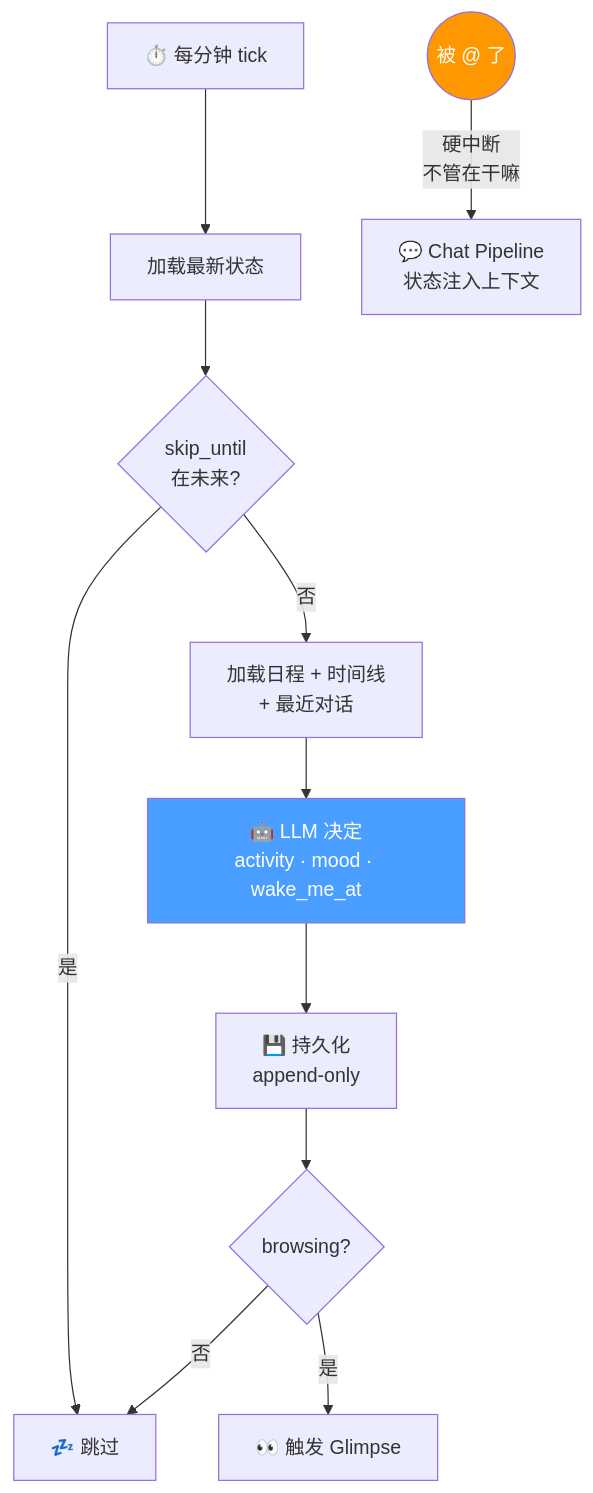
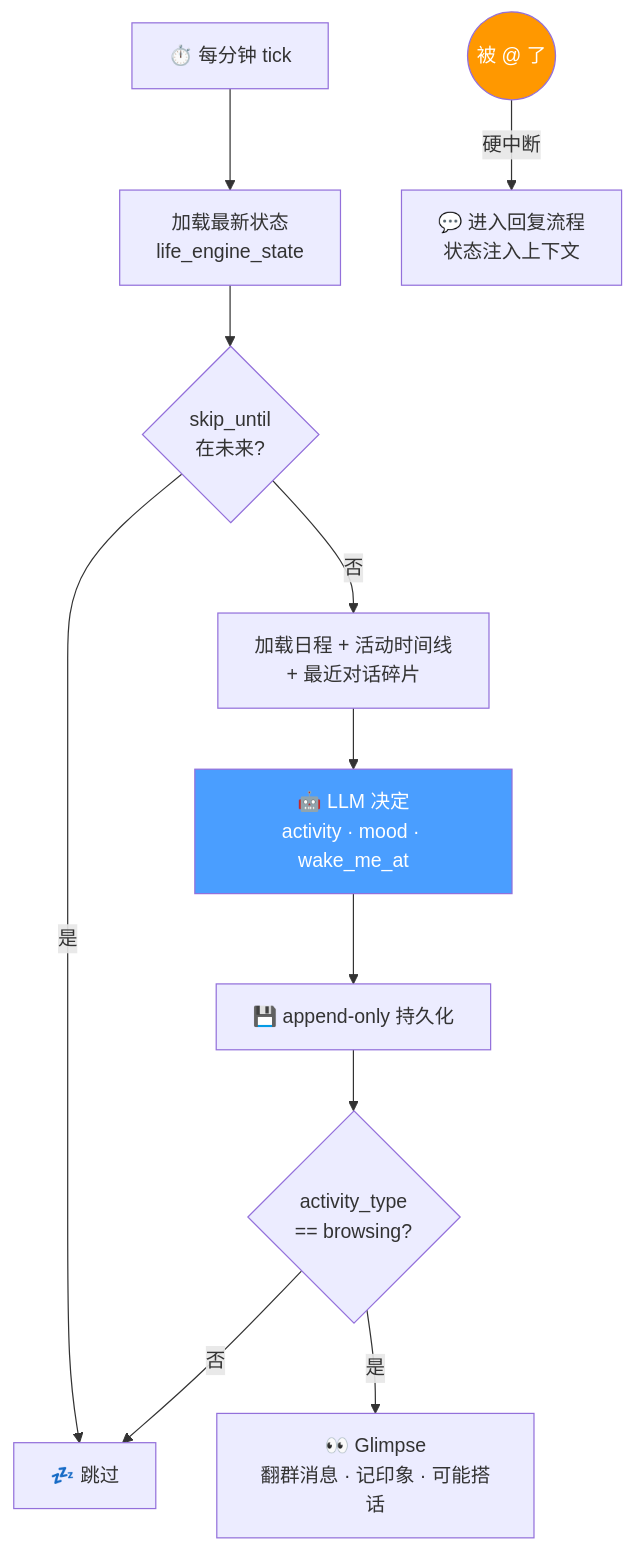
Before and after one commit to bezhai/chiwei-platform: the third of 6 diagrams in docs/chiwei-system-design.md, drawn with Mermaid. The commit also changed other lines of this file, not shown here.

First line of the commit message:
docs: rewrite system design around data flows, not components

````diff
--- a/docs/chiwei-system-design.md
+++ b/docs/chiwei-system-design.md
@@ -141,17 +98,17 @@
 ```mermaid
 flowchart TD
-    TICK["⏱️ 每分钟 tick"] --> LOAD["加载最新状态"]
+    TICK["⏱️ 每分钟 tick"] --> LOAD["加载最新状态\nlife_engine_state"]
     LOAD --> SKIP{"skip_until\n在未来?"}
     SKIP -->|"是"| DONE["💤 跳过"]
-    SKIP -->|"否"| CTX["加载日程 + 时间线\n+ 最近对话"]
+    SKIP -->|"否"| CTX["加载日程 + 活动时间线\n+ 最近对话碎片"]
     CTX --> LLM["🤖 LLM 决定\nactivity · mood · wake_me_at"]
-    LLM --> SAVE["💾 持久化\nappend-only"]
-    SAVE --> BRW{"browsing?"}
-    BRW -->|"是"| GLIMPSE["👀 触发 Glimpse"]
+    LLM --> SAVE["💾 append-only 持久化"]
+    SAVE --> BRW{"activity_type\n== browsing?"}
+    BRW -->|"是"| GLIMPSE["👀 Glimpse\n翻群消息 · 记印象 · 可能搭话"]
     BRW -->|"否"| DONE
 
-    AT(("被 @ 了")) -->|"硬中断\n不管在干嘛"| CHAT["💬 Chat Pipeline\n状态注入上下文"]
+    AT(("被 @ 了")) -->|"硬中断"| CHAT["💬 进入回复流程\n状态注入上下文"]
 
     style LLM fill:#4a9eff,color:#fff
     style AT fill:#ff9800,color:#fff
 ```
````
